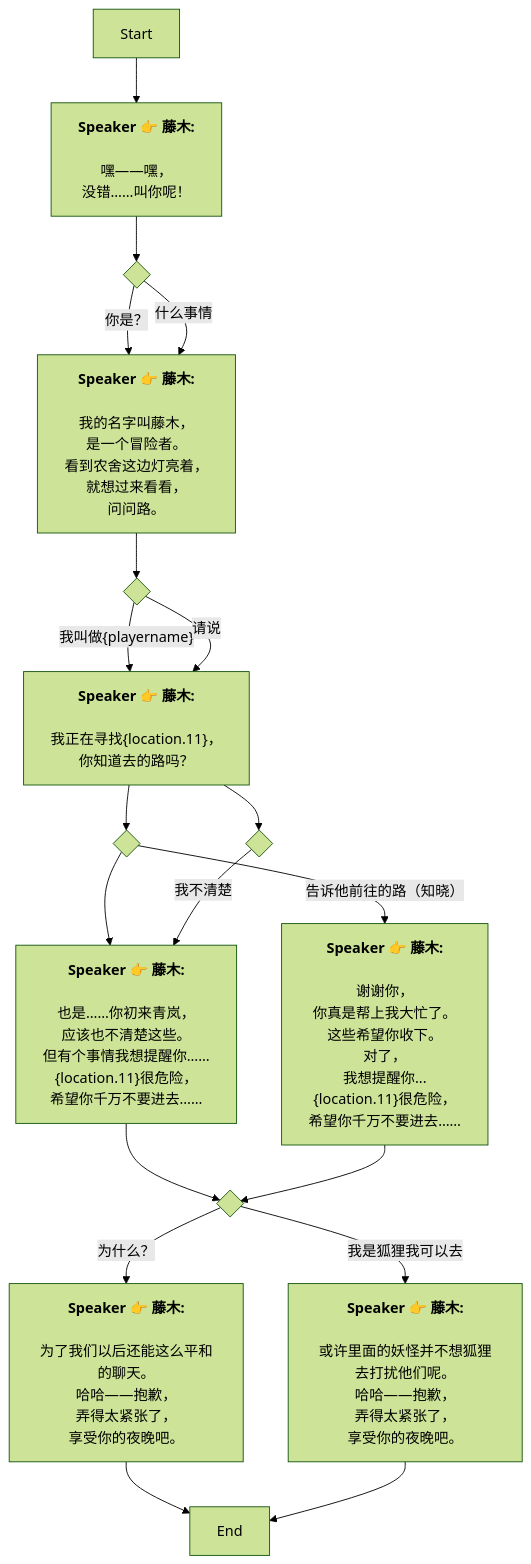
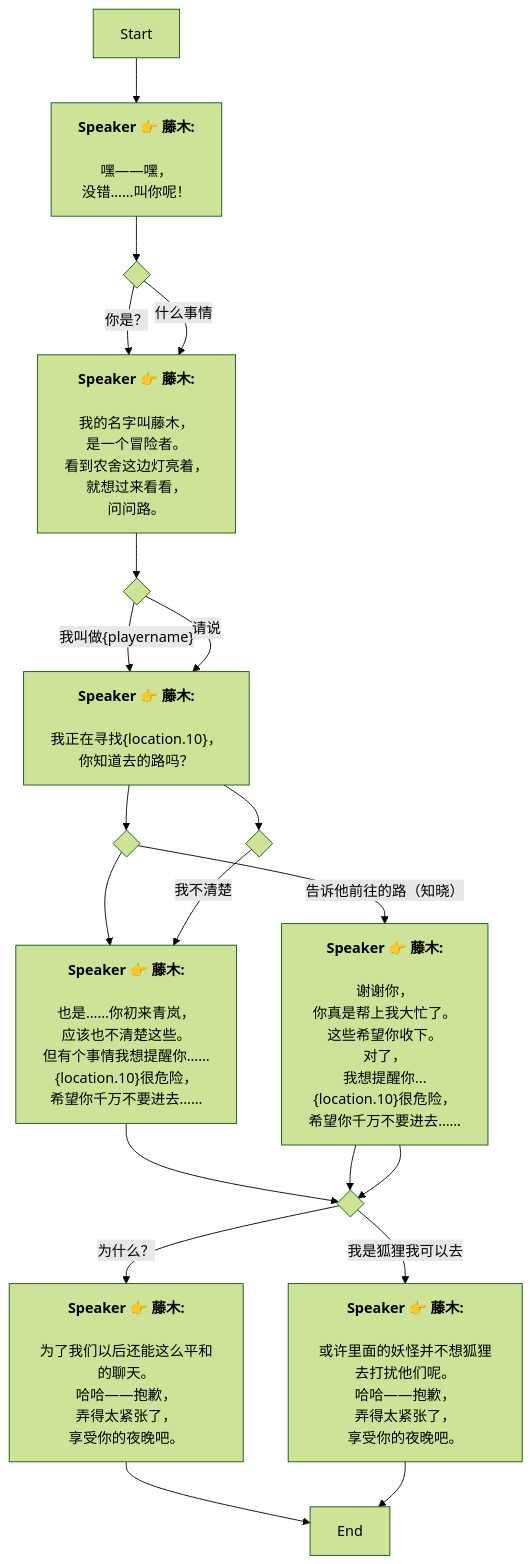
Before and after one commit to SoftHu/tos_avg: the diagram in Zh/QuestTalkObjectiveNode_1768086622206848.md, drawn with Mermaid (forest theme). The commit also changed 312 other files, not shown here.

````diff
--- a/Zh/QuestTalkObjectiveNode_1768086622206848.md
+++ b/Zh/QuestTalkObjectiveNode_1768086622206848.md
@@ -1,73 +1,74 @@
 ```mermaid
 graph
 Start -->1768096637256321[<b>Speaker 👉 藤木:</b>
 
 嘿——嘿，
 没错……叫你呢！]
 1768096637256321 -->1768096681759362{ }
 1768096681759362 -->|你是？|1768096699678344[<b>Speaker 👉 藤木:</b>
 
 我的名字叫藤木，
 是一个冒险者。
 看到农舍这边灯亮着，
 就想过来看看，
 问问路。]
 1768096681759362 -->|什么事情|1768096699678344[<b>Speaker 👉 藤木:</b>
 
 我的名字叫藤木，
 是一个冒险者。
 看到农舍这边灯亮着，
 就想过来看看，
 问问路。]
 1768096699678344 -->1768096733006473{ }
 1768096733006473 -->|我叫做&lbrace;playername&rbrace;|1768096751167118[<b>Speaker 👉 藤木:</b>
 
-我正在寻找&lbrace;location.11&rbrace;，
+我正在寻找&lbrace;location.10&rbrace;，
 你知道去的路吗？]
 1768096733006473 -->|请说|1768096751167118[<b>Speaker 👉 藤木:</b>
 
-我正在寻找&lbrace;location.11&rbrace;，
+我正在寻找&lbrace;location.10&rbrace;，
 你知道去的路吗？]
 1768096751167118 -->1768096783748751{ }
 1768096751167118 -->1768097003165337{ }
 1768096783748751 -->1768097011156634[<b>Speaker 👉 藤木:</b>
 
 也是……你初来青岚，
 应该也不清楚这些。
 但有个事情我想提醒你……
-&lbrace;location.11&rbrace;很危险，
+&lbrace;location.10&rbrace;很危险，
 希望你千万不要进去……]
 1768096783748751 -->|告诉他前往的路（知晓）|1768098708092799[<b>Speaker 👉 藤木:</b>
 
 谢谢你，
 你真是帮上我大忙了。
 这些希望你收下。
 对了，
 我想提醒你...
-&lbrace;location.11&rbrace;很危险，
+&lbrace;location.10&rbrace;很危险，
 希望你千万不要进去……]
 1768097011156634 -->1768099210808191{ }
 1768099210808191 -->|为什么？|1768099232604036[<b>Speaker 👉 藤木:</b>
 
 为了我们以后还能这么平和的聊天。
 哈哈——抱歉，
 弄得太紧张了，
 享受你的夜晚吧。]
 1768099210808191 -->|我是狐狸我可以去|1768099271465861[<b>Speaker 👉 藤木:</b>
 
 或许里面的妖怪并不想狐狸去打扰他们呢。
 哈哈——抱歉，
 弄得太紧张了，
 享受你的夜晚吧。]
 1768099232604036 -->1768100975726470[End]
 1768099271465861 -->1768100975726470[End]
 1768098708092799 -->1768099210808191{ }
+1768098708092799 -->1768099210808191{ }
 1768097003165337 -->|我不清楚|1768097011156634[<b>Speaker 👉 藤木:</b>
 
 也是……你初来青岚，
 应该也不清楚这些。
 但有个事情我想提醒你……
-&lbrace;location.11&rbrace;很危险，
+&lbrace;location.10&rbrace;很危险，
 希望你千万不要进去……]
 
  ```
````
